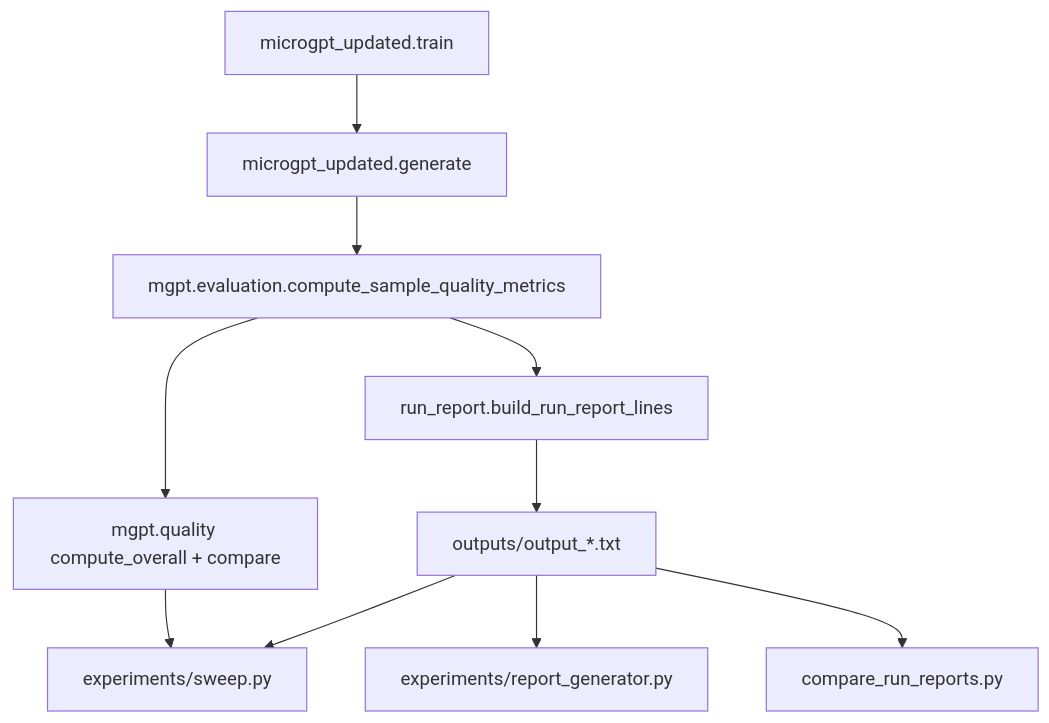
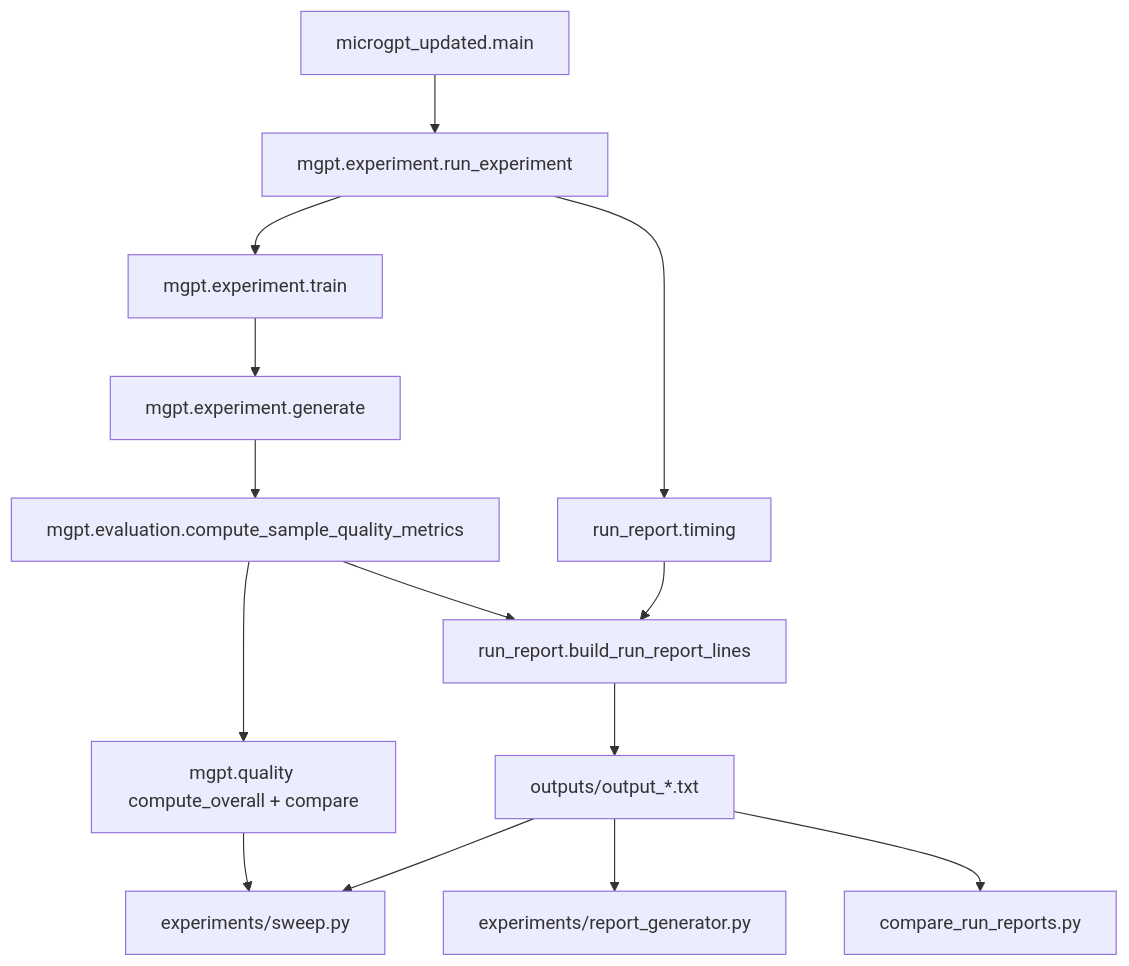
The diagram in docs/M2-semantic-quality.md (neomatrix369/microgpt-experiments), drawn with Mermaid before and after one commit. The commit also changed 1 other file, not shown here.

Commit message:
Fix M2 flow diagram to match mgpt/experiment and timing pipeline.
The quality guide table already described run_experiment(); align the Mermaid chart so it does not reference train/generate on the entry script.

````diff
--- a/docs/M2-semantic-quality.md
+++ b/docs/M2-semantic-quality.md
@@ -124,21 +124,28 @@
 ```mermaid
 flowchart TB
-  Train[microgpt_updated.train]
-  Gen[microgpt_updated.generate]
+  Entry[microgpt_updated.main]
+  Exp[mgpt.experiment.run_experiment]
+  Train[mgpt.experiment.train]
+  Gen[mgpt.experiment.generate]
   Eval[mgpt.evaluation.compute_sample_quality_metrics]
   Qual[mgpt.quality compute_overall + compare]
+  Timing[run_report.timing]
   Sweep[experiments/sweep.py]
   Report[run_report.build_run_report_lines]
   Disk[outputs/output_*.txt]
   HTML[experiments/report_generator.py]
   Cmp[compare_run_reports.py]
+  Entry --> Exp
+  Exp --> Train
   Train --> Gen
   Gen --> Eval
   Eval --> Qual
   Eval --> Report
+  Exp --> Timing
+  Timing --> Report
   Qual --> Sweep
   Report --> Disk
   Disk --> HTML
   Disk --> Cmp
   Disk --> Sweep
 ```
````
